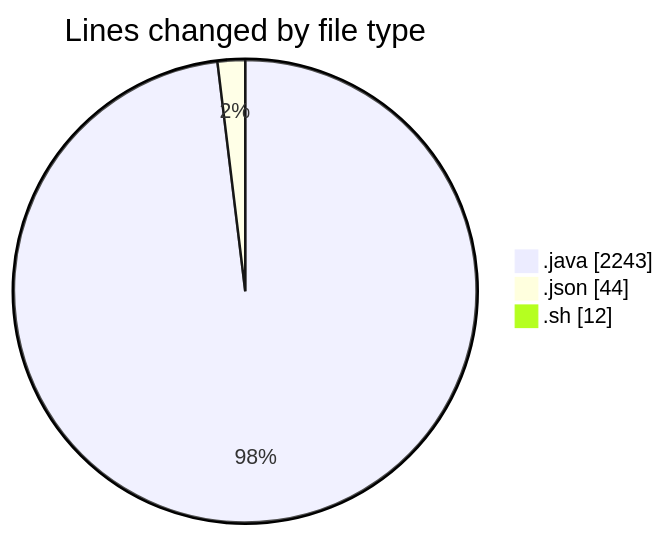
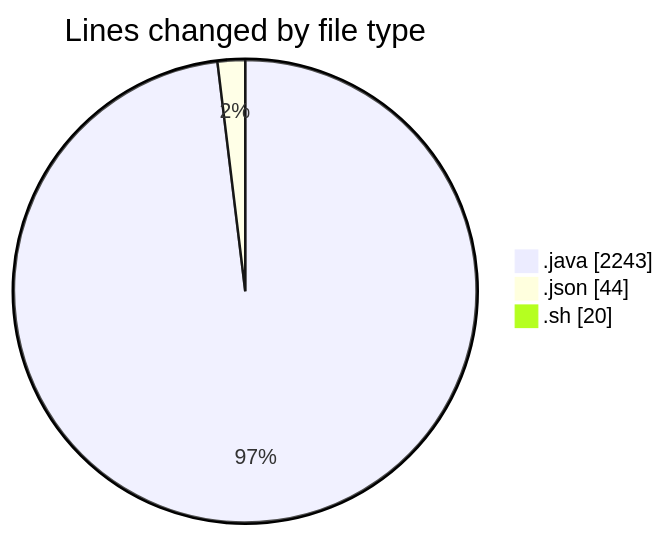
Before and after one commit to charlie-sans/code-tracking: the first of 2 diagrams in 2025-02-23/micros/README.md, drawn with Mermaid. The commit also changed other lines of this file and 1 other file, not shown here.

````diff
--- a/2025-02-23/micros/README.md
+++ b/2025-02-23/micros/README.md
@@ -35,7 +35,7 @@
 ```mermaid
 pie showData
 title Lines changed by file type
 ".java" : 2243
 ".json" : 44
-".sh" : 12
+".sh" : 20
 ```
````
